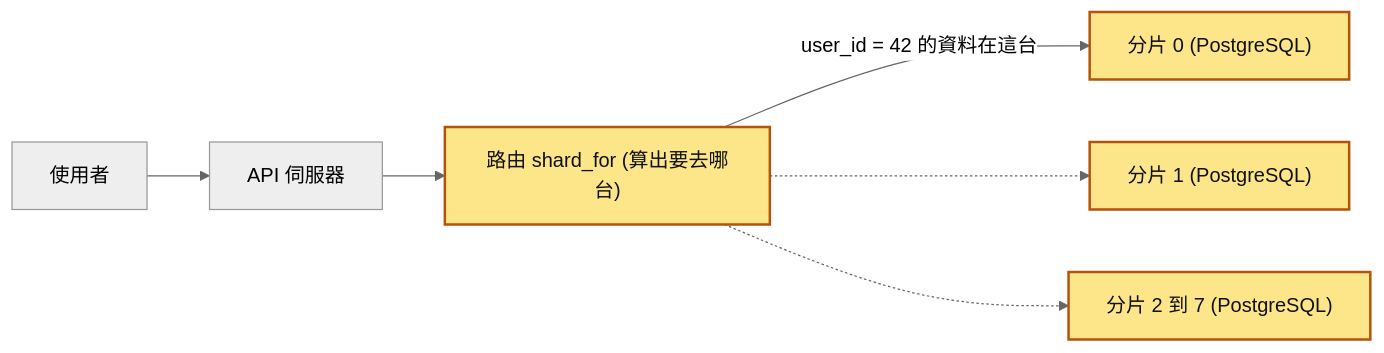
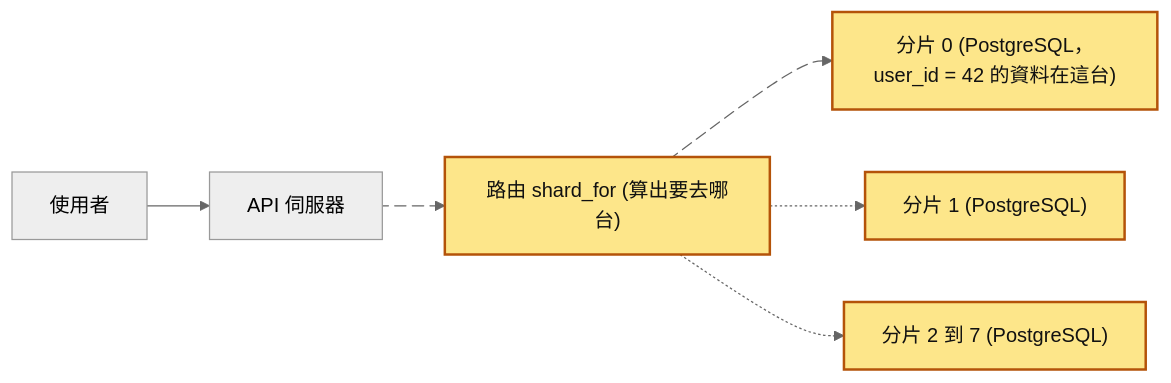
One commit to TLOGBen/BackendBook changed the first of 11 diagrams in docs/19-資料庫分片.md. Above: the diagram before and after it, drawn with Mermaid (neutral theme). The commit also changed other lines of this file and 125 other files, not shown here.

First line of the commit message:
新人教材：擴充到 59 篇，每篇加上互動主圖、核心理念與閱讀前知識

````diff
--- a/docs/19-資料庫分片.md
+++ b/docs/19-資料庫分片.md
@@ -65,10 +83,12 @@
 ```mermaid
 flowchart LR
     U["使用者"] --> API["API 伺服器"]
-    API --> R["路由 shard_for (算出要去哪台)"]
-    R -->|"user_id = 42 的資料在這台"| S0["分片 0 (PostgreSQL)"]
+    API e1@--> R["路由 shard_for (算出要去哪台)"]
+    R e2@--> S0["分片 0 (PostgreSQL，user_id = 42 的資料在這台)"]
     R -.-> S1["分片 1 (PostgreSQL)"]
     R -.-> SN["分片 2 到 7 (PostgreSQL)"]
+    e1@{ animate: true }
+    e2@{ animate: true }
     classDef hot fill:#fde68a,stroke:#b45309,stroke-width:2px,color:#111
     class R,S0,S1,SN hot
 ```
````
